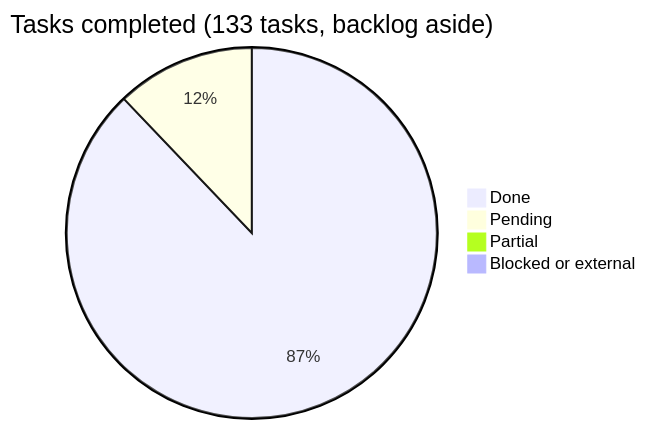
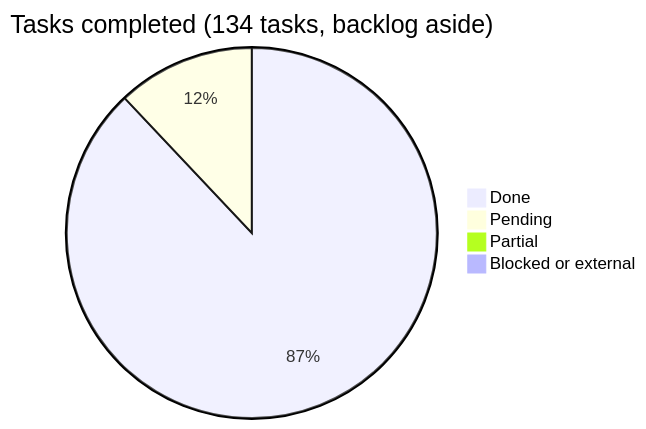
The diagram in docs/roadmap/README.md (araguaney-lat/araguaney-app), drawn with Mermaid before and after one commit. The commit also changed other lines of this file and 3 other files, not shown here.

````diff
--- a/docs/roadmap/README.md
+++ b/docs/roadmap/README.md
@@ -29,7 +29,7 @@
 ```mermaid
-pie title Tasks completed (133 tasks, backlog aside)
-    "Done" : 116
+pie title Tasks completed (134 tasks, backlog aside)
+    "Done" : 117
     "Pending" : 16
     "Partial" : 1
     "Blocked or external" : 0
 ```
````
